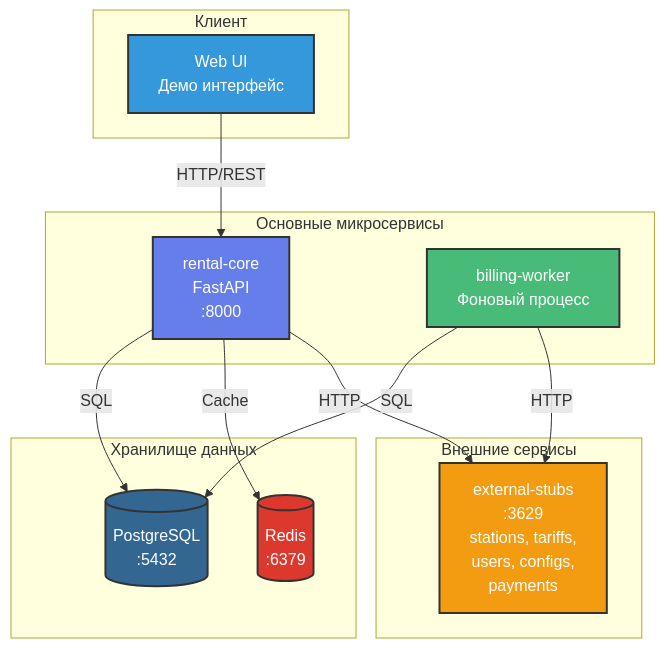
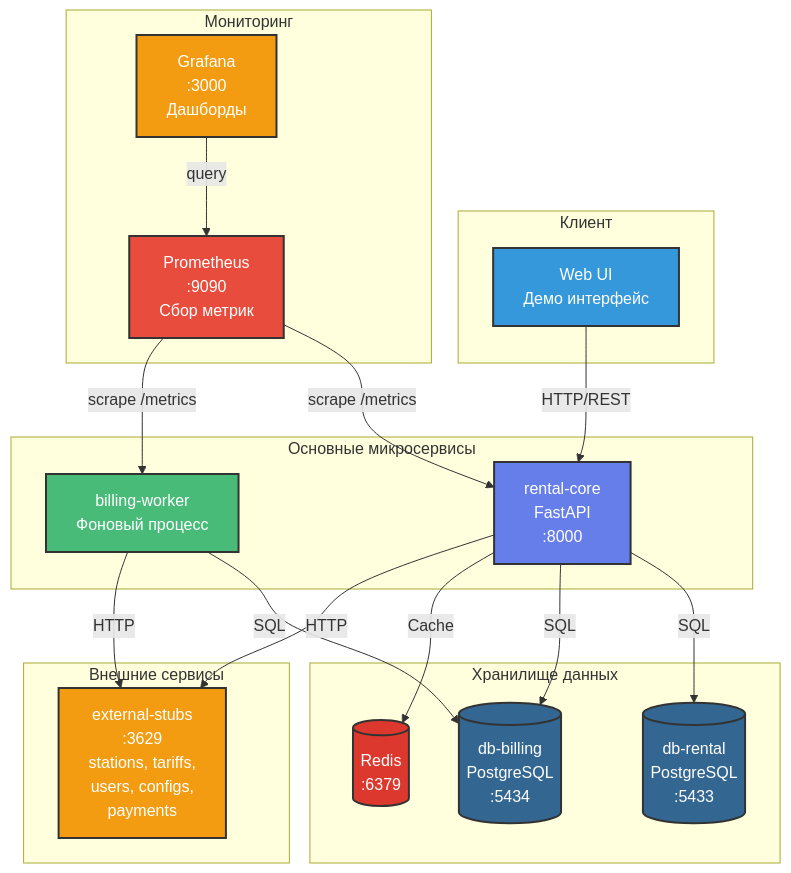
The first of 3 diagrams in diagrams/01-architecture-overview.md (AlexanderExp/SysDesign-HW-1), drawn with Mermaid before and after one commit. The commit also changed other lines of this file and 6 other files, not shown here.

Commit message:
Updated diagrams

````diff
--- a/diagrams/01-architecture-overview.md
+++ b/diagrams/01-architecture-overview.md
@@ -5,35 +5,50 @@
 ```mermaid
 graph TB
     subgraph "Клиент"
         UI[Web UI<br/>Демо интерфейс]
+    end
+    
+    subgraph "Мониторинг"
+        PROM[Prometheus<br/>:9090<br/>Сбор метрик]
+        GRAF[Grafana<br/>:3000<br/>Дашборды]
     end
     
     subgraph "Основные микросервисы"
         RC[rental-core<br/>FastAPI<br/>:8000]
         BW[billing-worker<br/>Фоновый процесс]
     end
     
     subgraph "Хранилище данных"
-        PG[(PostgreSQL<br/>:5432)]
+        PGR[(db-rental<br/>PostgreSQL<br/>:5433)]
+        PGB[(db-billing<br/>PostgreSQL<br/>:5434)]
         RD[(Redis<br/>:6379)]
     end
     
     subgraph "Внешние сервисы"
         ES[external-stubs<br/>:3629<br/>stations, tariffs,<br/>users, configs,<br/>payments]
     end
     
     UI -->|HTTP/REST| RC
-    RC -->|SQL| PG
+    
+    PROM -->|scrape /metrics| RC
+    PROM -->|scrape /metrics| BW
+    GRAF -->|query| PROM
+    
+    RC -->|SQL| PGR
+    RC -->|SQL| PGB
     RC -->|Cache| RD
     RC -->|HTTP| ES
     
-    BW -->|SQL| PG
+    BW -->|SQL| PGB
     BW -->|HTTP| ES
     
     style RC fill:#667eea,stroke:#333,stroke-width:2px,color:#fff
     style BW fill:#48bb78,stroke:#333,stroke-width:2px,color:#fff
-    style PG fill:#336791,stroke:#333,stroke-width:2px,color:#fff
+    style PGR fill:#336791,stroke:#333,stroke-width:2px,color:#fff
+    style PGB fill:#336791,stroke:#333,stroke-width:2px,color:#fff
     style RD fill:#dc382d,stroke:#333,stroke-width:2px,color:#fff
     style ES fill:#f39c12,stroke:#333,stroke-width:2px,color:#fff
     style UI fill:#3498db,stroke:#333,stroke-width:2px,color:#fff
+    style PROM fill:#e74c3c,stroke:#333,stroke-width:2px,color:#fff
+    style GRAF fill:#f39c12,stroke:#333,stroke-width:2px,color:#fff
 ```
````
